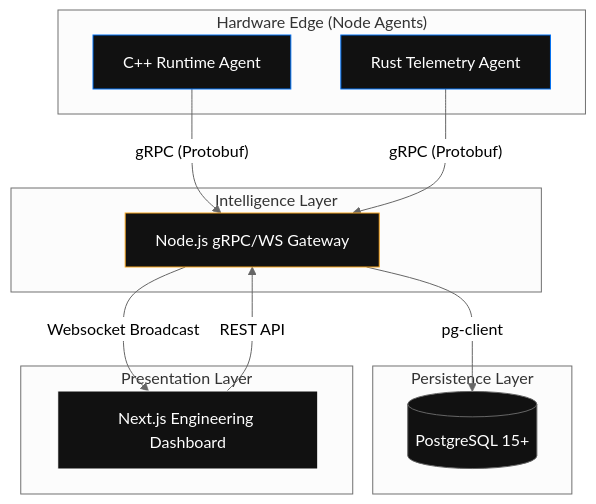
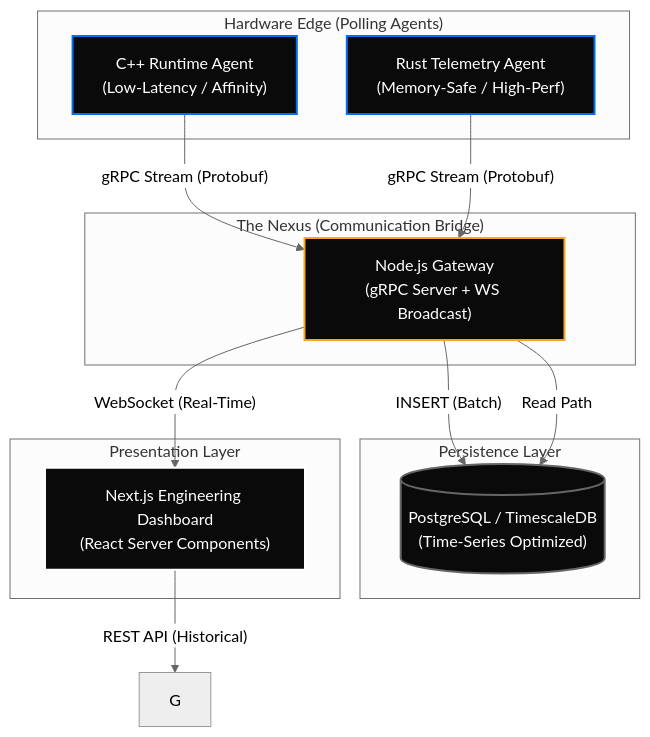
Before and after one commit to SekhSujonHaque2005/NUMA-Intelligence-Predictive-Runtime-Telemetry-Platform: the diagram in README.md, drawn with Mermaid (neutral theme). The commit also changed other lines of this file and 1 other file, not shown here.

````diff
--- a/README.md
+++ b/README.md
@@ -18,35 +34,38 @@
 ```mermaid
 graph TD
-    subgraph "Hardware Edge (Node Agents)"
-        C["C++ Runtime Agent"]
-        R["Rust Telemetry Agent"]
+    subgraph "Hardware Edge (Polling Agents)"
+        CPP["C++ Runtime Agent<br/>(Low-Latency / Affinity)"]
+        RUST["Rust Telemetry Agent<br/>(Memory-Safe / High-Perf)"]
     end
 
-    subgraph "Intelligence Layer"
-        G["Node.js gRPC/WS Gateway"]
+    subgraph "The Nexus (Communication Bridge)"
+        GW["Node.js Gateway<br/>(gRPC Server + WS Broadcast)"]
     end
 
     subgraph "Persistence Layer"
-        DB[("PostgreSQL 15+")]
+        DB[("PostgreSQL / TimescaleDB<br/>(Time-Series Optimized)")]
     end
 
     subgraph "Presentation Layer"
-        UI["Next.js Engineering Dashboard"]
+        UI["Next.js Engineering Dashboard<br/>(React Server Components)"]
     end
 
-    C -- "gRPC (Protobuf)" --> G
-    R -- "gRPC (Protobuf)" --> G
-    G -- "pg-client" --> DB
-    G -- "Websocket Broadcast" --> UI
-    UI -- "REST API" --> G
+    %% Communication Flows
+    CPP -- "gRPC Stream (Protobuf)" --> GW
+    RUST -- "gRPC Stream (Protobuf)" --> GW
+    GW -- "INSERT (Batch)" --> DB
+    GW -- "WebSocket (Real-Time)" --> UI
+    UI -- "REST API (Historical)" --> G
+    GW -- "Read Path" --> DB
 
-    classDef hardware fill:#111,stroke:#0070f3,color:#fff;
-    classDef gateway fill:#111,stroke:#f5a623,color:#fff;
-    classDef db fill:#111,stroke:#666,color:#fff;
-    classDef ui fill:#111,stroke:#fff,color:#fff;
+    %% Aesthetics
+    classDef hardware fill:#0a0a0a,stroke:#0070f3,stroke-width:2px,color:#fff;
+    classDef gateway fill:#0a0a0a,stroke:#f5a623,stroke-width:2px,color:#fff;
+    classDef db fill:#0a0a0a,stroke:#666,stroke-width:2px,color:#fff;
+    classDef ui fill:#0a0a0a,stroke:#fff,stroke-width:2px,color:#fff;
 
-    class C,R hardware;
-    class G gateway;
+    class CPP,RUST hardware;
+    class GW gateway;
     class DB db;
     class UI ui;
 ```
````
